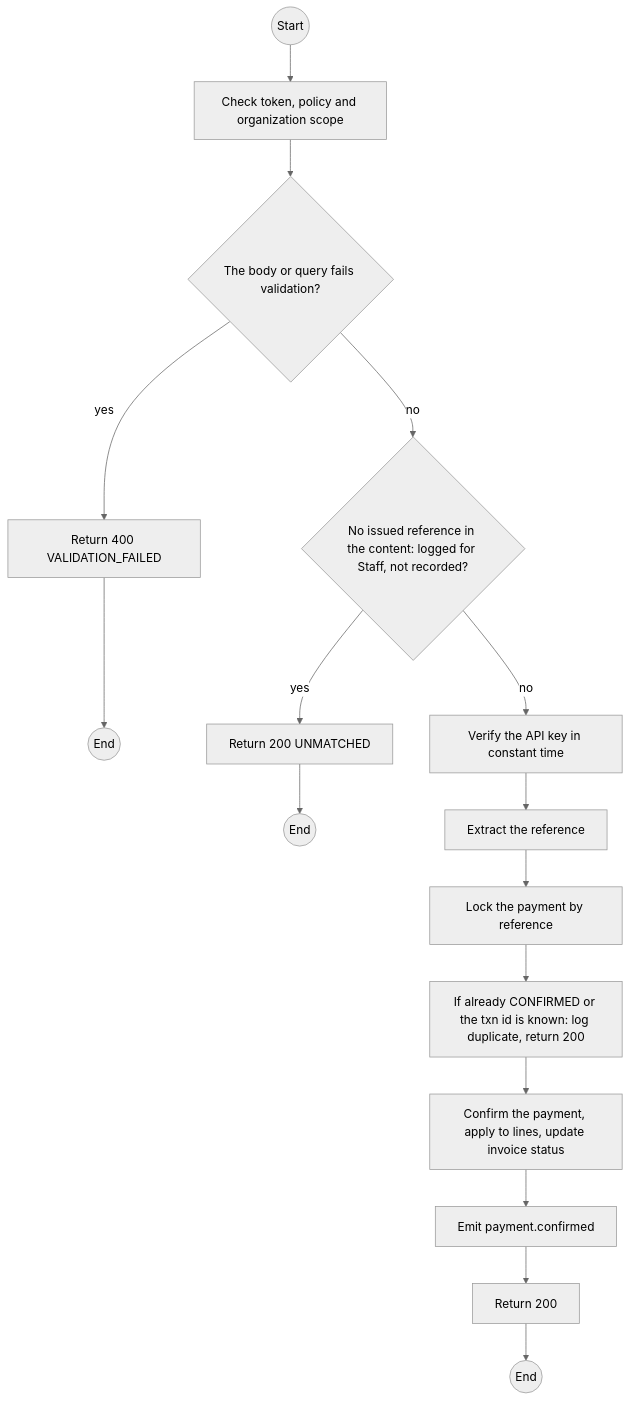
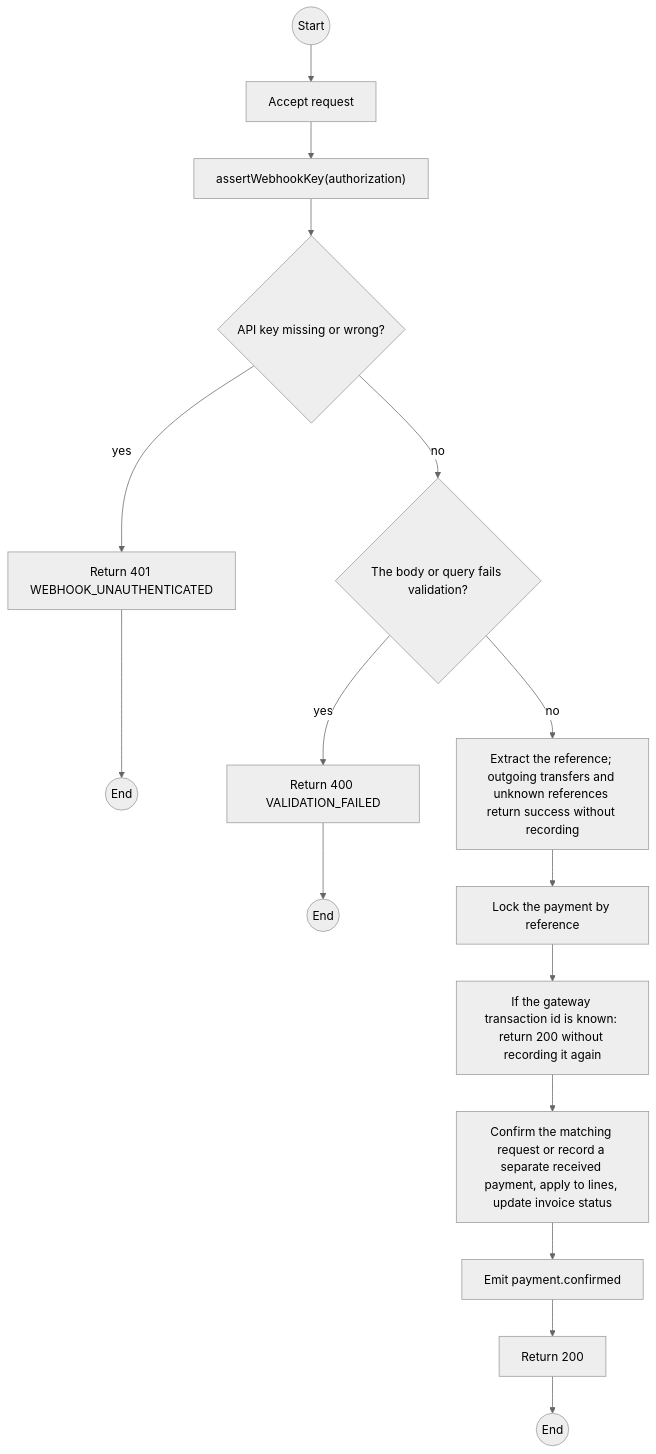
One commit to TrekLink-Team/treklink-web changed the first of 2 diagrams in specs/billing/api-design/12-post-payments-sepay-webhook.md. Above: the diagram before and after it, drawn with Mermaid (neutral theme). The commit also changed other lines of this file and 16 other files, not shown here.

````diff
--- a/specs/billing/api-design/12-post-payments-sepay-webhook.md
+++ b/specs/billing/api-design/12-post-payments-sepay-webhook.md
@@ -158,31 +102,31 @@
 ```mermaid
 flowchart TB
     S((Start))
-    A0["Check token, policy and organization scope"]
+    A0["Accept request"]
     S --> A0
+    Auth["assertWebhookKey(authorization)"]
+    A0 --> Auth
+    AuthCheck{"API key missing or wrong?"}
+    Auth --> AuthCheck
+    AuthError["Return 401 WEBHOOK_UNAUTHENTICATED"]
+    AuthCheck -->|yes| AuthError
+    AuthError --> AuthEnd((End))
     D1{"The body or query fails validation?"}
-    A0 --> D1
+    AuthCheck -->|no| D1
     E1["Return 400 VALIDATION_FAILED"]
     D1 -->|yes| E1
     E1 --> X1((End))
-    D2{"No issued reference in the content: logged for Staff, not recorded?"}
-    D1 -->|no| D2
-    E2["Return 200 UNMATCHED"]
-    D2 -->|yes| E2
-    E2 --> X2((End))
-    P0["Verify the API key in constant time"]
-    D2 -->|no| P0
-    P1["Extract the reference"]
+    P0["Extract the reference; outgoing transfers and unknown references return success without recording"]
+    D1 -->|no| P0
+    P1["Lock the payment by reference"]
     P0 --> P1
-    P2["Lock the payment by reference"]
+    P2["If the gateway transaction id is known: return 200 without recording it again"]
     P1 --> P2
-    P3["If already CONFIRMED or the txn id is known: log duplicate, return 200"]
+    P3["Confirm the matching request or record a separate received payment, apply to lines, update invoice status"]
     P2 --> P3
-    P4["Confirm the payment, apply to lines, update invoice status"]
+    P4["Emit payment.confirmed"]
     P3 --> P4
-    P5["Emit payment.confirmed"]
-    P4 --> P5
     OK["Return 200"]
-    P5 --> OK
+    P4 --> OK
     OK --> Z((End))
 ```
````
